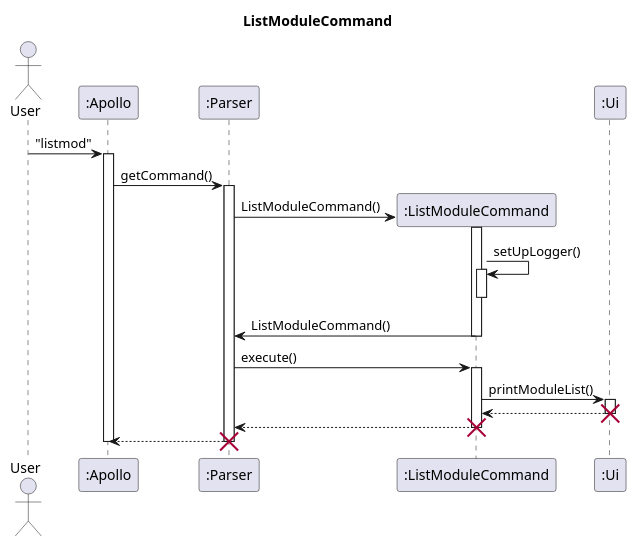
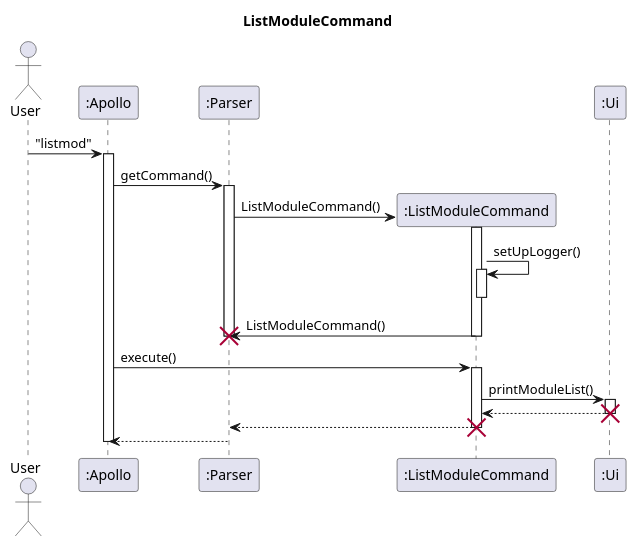
One commit to nus-cs2113-AY2223S2/tp changed the diagram in docs/uml-source/sequence/ListMod.puml. Above: the diagram before and after it, drawn with PlantUML. The commit also changed 2 other files, not shown here.

Commit message:
Update UML Sequence Diagrams for AddModule and ListMod

```diff
--- a/docs/uml-source/sequence/ListMod.puml
+++ b/docs/uml-source/sequence/ListMod.puml
@@ -1,44 +1,44 @@
 @startuml
 'https://plantuml.com/sequence-diagram
 
 title ListModuleCommand
 
 actor User
 
 participant ":Apollo" as Apollo
 participant ":Parser" as Parser
 participant ":ListModuleCommand" as ListMod
 participant ":Ui" as Ui
 
 User -> Apollo : "listmod"
 activate Apollo
 Apollo -> Parser : getCommand()
 activate Parser
 
 Parser -> ListMod** : ListModuleCommand()
 activate ListMod
 ListMod -> ListMod : setUpLogger()
 activate ListMod
 deactivate ListMod
 ListMod -> Parser: ListModuleCommand()
+deactivate Parser
+destroy Parser
 deactivate ListMod
 
 
 
-Parser -> ListMod : execute()
+Apollo -> ListMod : execute()
 activate ListMod
 
 ListMod -> Ui : printModuleList()
 activate Ui
 Ui --> ListMod
 deactivate Ui
 destroy Ui
 ListMod --> Parser
 
 deactivate ListMod
 destroy ListMod
 Parser --> Apollo
-deactivate Parser
-destroy Parser
 deactivate Apollo
 @enduml
```
